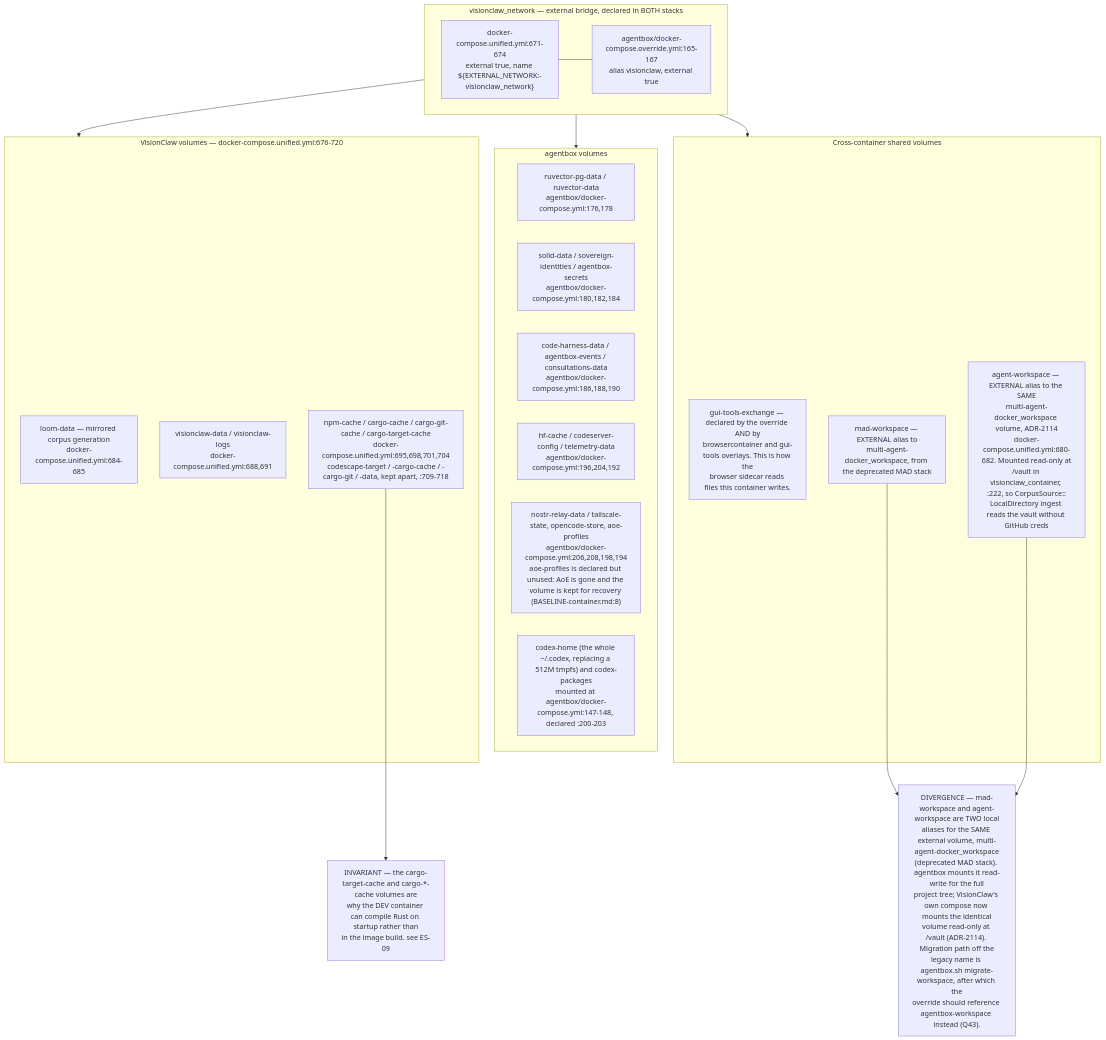
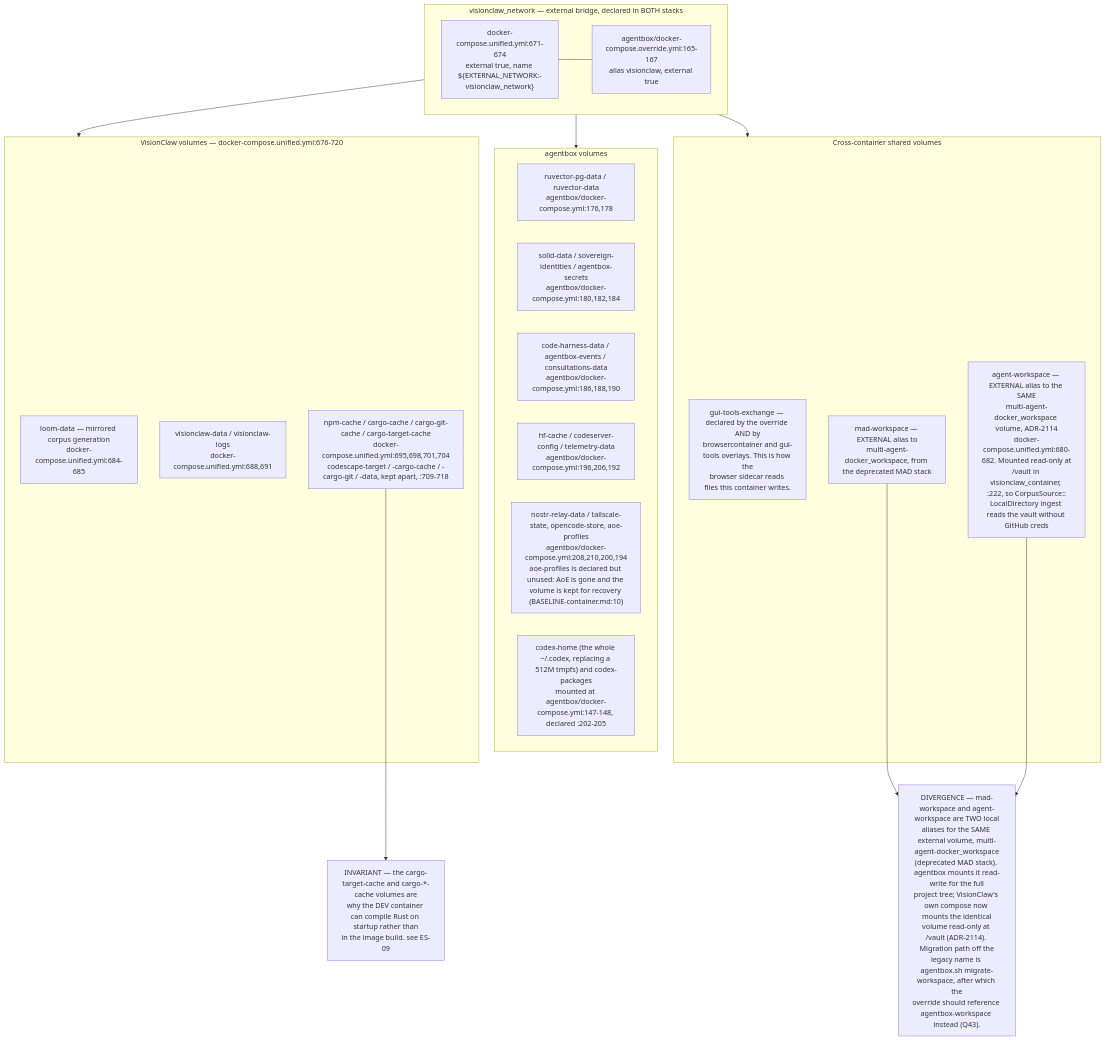
One commit to DreamLab-AI/VisionFlow changed the fourth of 8 diagrams in docs/diagrams/estate/01-estate-topology.md. Above: the diagram before and after it, drawn with Mermaid. The commit also changed other lines of this file and 49 other files, not shown here.

First line of the commit message:
docs(diagrams): re-derive and re-stamp VisionClaw, estate, knowledge-graph, visionGraph, VisionFlow and sidestr topics

````diff
--- a/docs/diagrams/estate/01-estate-topology.md
+++ b/docs/diagrams/estate/01-estate-topology.md
@@ -190,37 +190,37 @@
 ```mermaid
 flowchart TB
     subgraph net["visionclaw_network — external bridge, declared in BOTH stacks"]
         N1["docker-compose.unified.yml:671-674<br/>external true, name ${EXTERNAL_NETWORK:-visionclaw_network}"]
         N2["agentbox/docker-compose.override.yml:165-167<br/>alias visionclaw, external true"]
     end
     subgraph vcvol["VisionClaw volumes — docker-compose.unified.yml:676-720"]
         V1["loom-data — mirrored corpus generation<br/>docker-compose.unified.yml:684-685"]
         V2["visionclaw-data / visionclaw-logs<br/>docker-compose.unified.yml:688,691"]
         V3["npm-cache / cargo-cache / cargo-git-cache / cargo-target-cache<br/>docker-compose.unified.yml:695,698,701,704<br/>codescape-target / -cargo-cache / -cargo-git / -data, kept apart, :709-718"]
     end
     subgraph abvol["agentbox volumes"]
         W1["ruvector-pg-data / ruvector-data<br/>agentbox/docker-compose.yml:176,178"]
         W2["solid-data / sovereign-identities / agentbox-secrets<br/>agentbox/docker-compose.yml:180,182,184"]
         W3["code-harness-data / agentbox-events / consultations-data<br/>agentbox/docker-compose.yml:186,188,190"]
-        W4["hf-cache / codeserver-config / telemetry-data<br/>agentbox/docker-compose.yml:196,204,192"]
-        W5["nostr-relay-data / tailscale-state, opencode-store, aoe-profiles<br/>agentbox/docker-compose.yml:206,208,198,194<br/>aoe-profiles is declared but unused: AoE is gone and the volume is kept for recovery (BASELINE-container.md:8)"]
-        W6["codex-home (the whole ~/.codex, replacing a 512M tmpfs) and codex-packages<br/>mounted at agentbox/docker-compose.yml:147-148, declared :200-203"]
+        W4["hf-cache / codeserver-config / telemetry-data<br/>agentbox/docker-compose.yml:196,206,192"]
+        W5["nostr-relay-data / tailscale-state, opencode-store, aoe-profiles<br/>agentbox/docker-compose.yml:208,210,200,194<br/>aoe-profiles is declared but unused: AoE is gone and the volume is kept for recovery (BASELINE-container.md:10)"]
+        W6["codex-home (the whole ~/.codex, replacing a 512M tmpfs) and codex-packages<br/>mounted at agentbox/docker-compose.yml:147-148, declared :202-205"]
     end
     subgraph shared["Cross-container shared volumes"]
         S1["gui-tools-exchange — declared by the override AND by<br/>browsercontainer and gui-tools overlays. This is how the<br/>browser sidecar reads files this container writes."]
         S2["mad-workspace — EXTERNAL alias to<br/>multi-agent-docker_workspace, from the deprecated MAD stack"]
         S3["agent-workspace — EXTERNAL alias to the SAME<br/>multi-agent-docker_workspace volume, ADR-2114<br/>docker-compose.unified.yml:680-682. Mounted read-only at<br/>/vault in visionclaw_container, :222, so CorpusSource::<br/>LocalDirectory ingest reads the vault without GitHub creds"]
     end
 
     N1 --- N2
     net --> vcvol
     net --> abvol
     net --> shared
 
     D1["DIVERGENCE — mad-workspace and agent-workspace are TWO local<br/>aliases for the SAME external volume, multi-agent-docker_workspace<br/>(deprecated MAD stack). agentbox mounts it read-write for the full<br/>project tree; VisionClaw's own compose now mounts the identical<br/>volume read-only at /vault (ADR-2114). Migration path off the<br/>legacy name is agentbox.sh migrate-workspace, after which the<br/>override should reference agentbox-workspace instead (Q43)."]
     INV["INVARIANT — the cargo-target-cache and cargo-*-cache volumes are<br/>why the DEV container can compile Rust on startup rather than<br/>in the image build. see ES-09"]
 
     S2 --> D1
     S3 --> D1
     V3 --> INV
 ```
````
